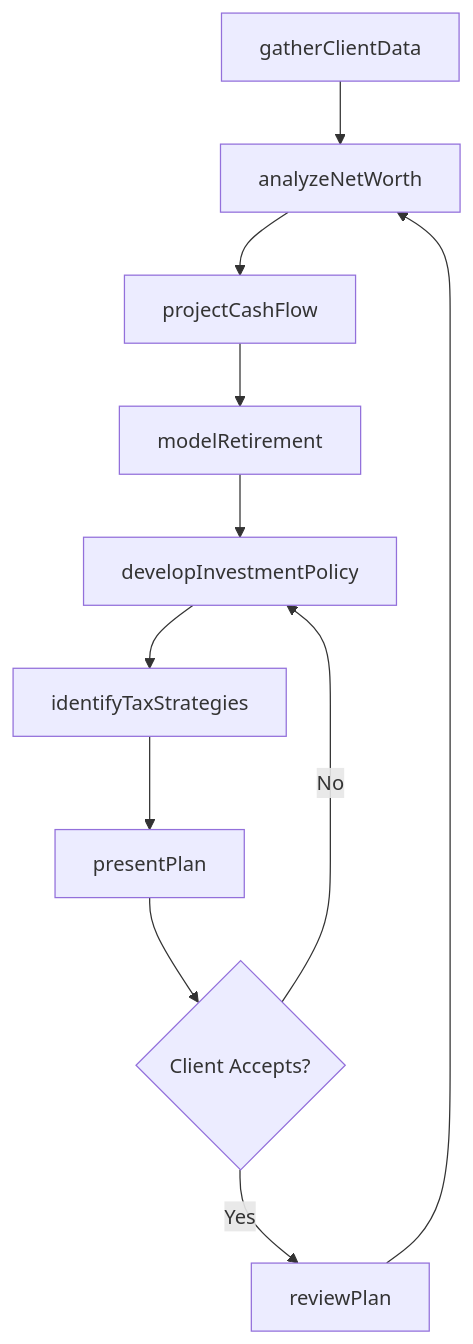
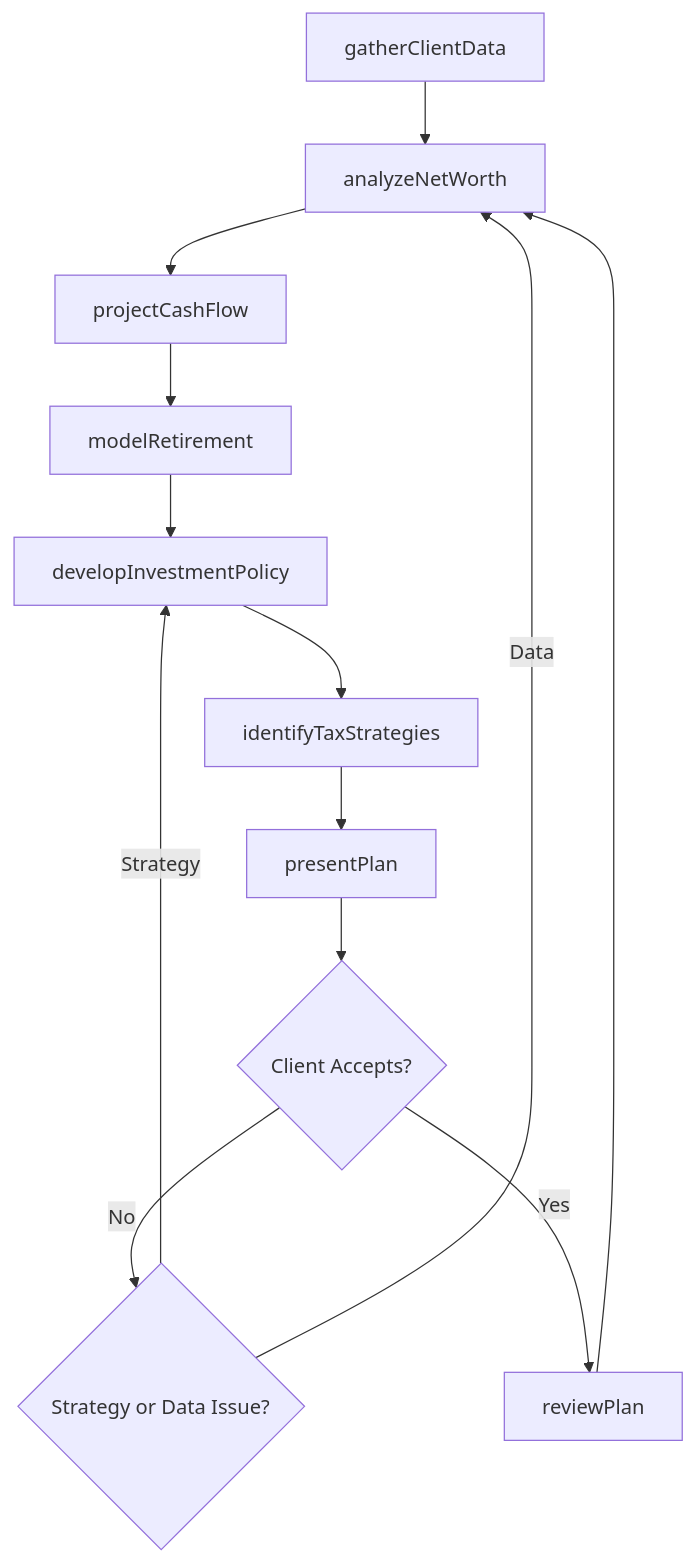
Before and after one commit to dot-org-ai/tasks.org.ai: the third of 4 diagrams in ThinkingCreatively/DevelopFinancialOrBusinessPlans/DevelopFinancialPlansClients.mdx, drawn with Mermaid. The commit also changed other lines of this file and 504 other files, not shown here.

First line of the commit message:
feat: Add ER diagrams, state diagrams, and workflow improvements to 96 DWA task files

````diff
--- a/ThinkingCreatively/DevelopFinancialOrBusinessPlans/DevelopFinancialPlansClients.mdx
+++ b/ThinkingCreatively/DevelopFinancialOrBusinessPlans/DevelopFinancialPlansClients.mdx
@@ -92,13 +123,15 @@
 ```mermaid
 graph TD
     A[gatherClientData] --> B[analyzeNetWorth]
     B --> C[projectCashFlow]
     C --> D[modelRetirement]
     D --> E[developInvestmentPolicy]
     E --> F[identifyTaxStrategies]
     F --> G[presentPlan]
     G --> H{Client Accepts?}
-    H -->|No| E
-    H -->|Yes| I[reviewPlan]
-    I --> B
+    H -->|No| I{Strategy or Data Issue?}
+    I -->|Strategy| E
+    I -->|Data| B
+    H -->|Yes| J[reviewPlan]
+    J --> B
 ```
````
